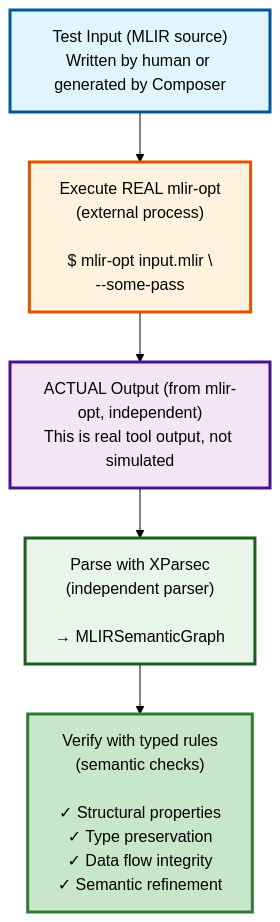
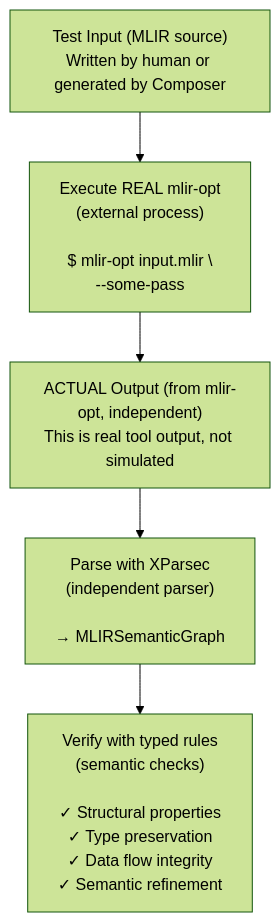
One commit to FidelityFramework/clef-lang-site changed the diagram in hugo/content/docs/internals/mlir/mlir-testing-with-teeth.md. Above: the diagram before and after it, drawn with Mermaid (forest theme). The commit also changed 20 other files, not shown here.

Commit message:
clear formatting of mermaid markup

````diff
--- a/hugo/content/docs/internals/mlir/mlir-testing-with-teeth.md
+++ b/hugo/content/docs/internals/mlir/mlir-testing-with-teeth.md
@@ -196,19 +196,14 @@
 ```mermaid
 graph TB
     A["Test Input (MLIR source)<br/>Written by human or generated by Composer"]
     B["Execute REAL mlir-opt<br/>(external process)<br/><br/>$ mlir-opt input.mlir \<br/>    --some-pass"]
     C["ACTUAL Output (from mlir-opt, independent)<br/>This is real tool output, not simulated"]
     D["Parse with XParsec<br/>(independent parser)<br/><br/>→ MLIRSemanticGraph"]
     E["Verify with typed rules<br/>(semantic checks)<br/><br/>✓ Structural properties<br/>✓ Type preservation<br/>✓ Data flow integrity<br/>✓ Semantic refinement"]
 
     A --> B
     B --> C
     C --> D
     D --> E
 
-    style A fill:#e1f5fe,stroke:#01579b,stroke-width:3px
-    style B fill:#fff3e0,stroke:#e65100,stroke-width:3px
-    style C fill:#f3e5f5,stroke:#4a148c,stroke-width:3px
-    style D fill:#e8f5e9,stroke:#1b5e20,stroke-width:3px
-    style E fill:#c8e6c9,stroke:#2e7d32,stroke-width:3px
 ```
````
